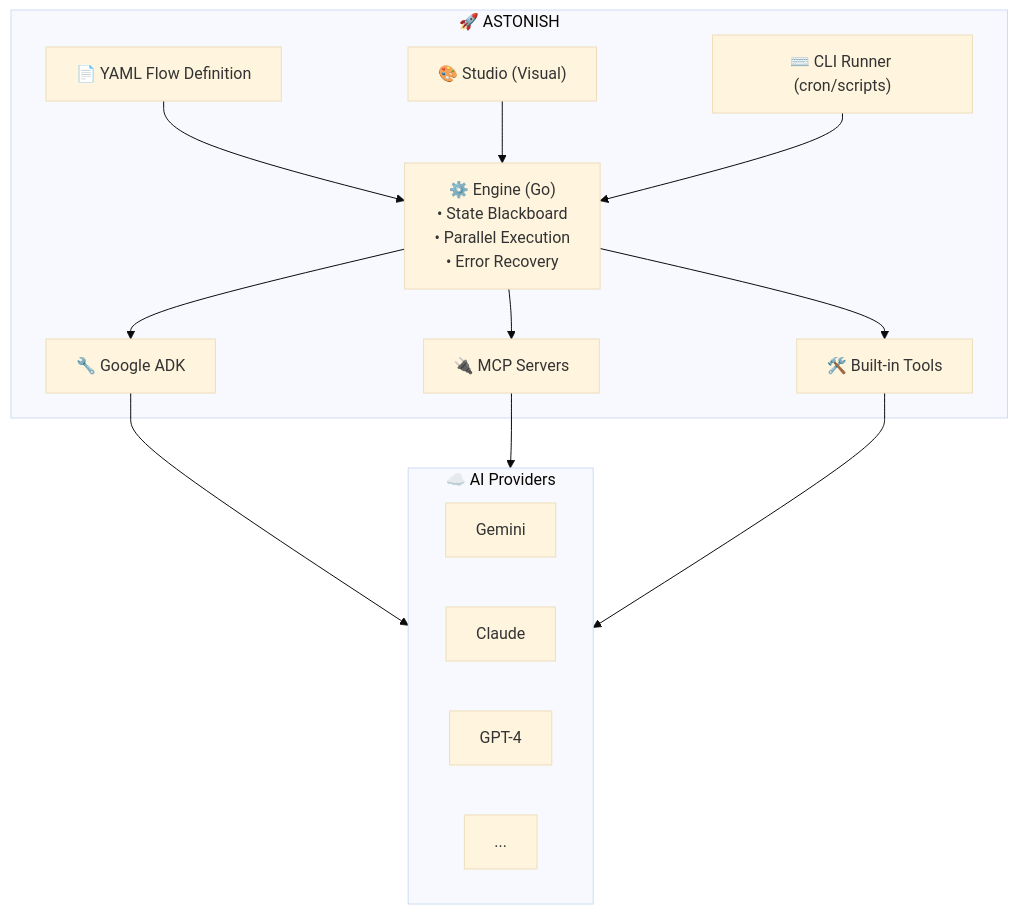
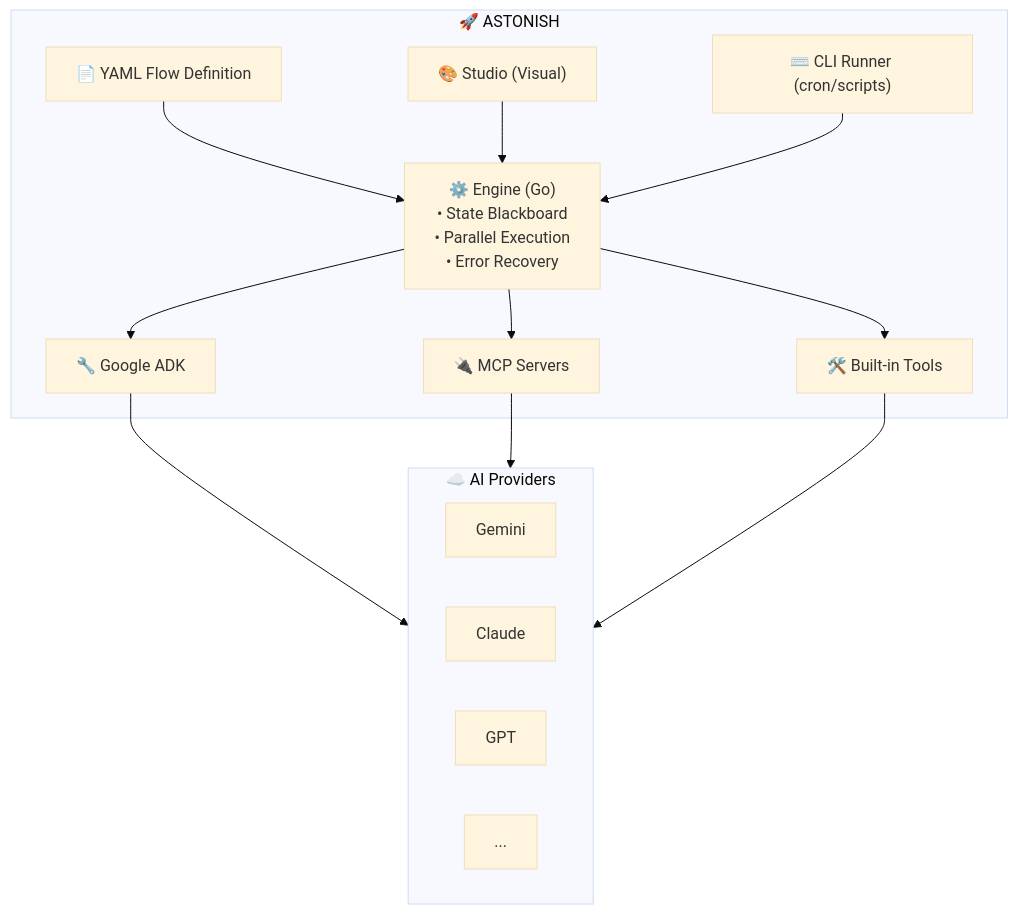
One commit to schardosin/astonish changed the diagram in README.md. Above: the diagram before and after it, drawn with Mermaid (base theme). The commit also changed other lines of this file and 5 other files, not shown here.

````diff
--- a/README.md
+++ b/README.md
@@ -221,36 +221,36 @@
 ```mermaid
 flowchart TB
     subgraph Astonish["🚀 ASTONISH"]
         YAML["📄 YAML Flow Definition"]
         Studio["🎨 Studio (Visual)"]
         CLI["⌨️ CLI Runner (cron/scripts)"]
         
         YAML --> Engine
         Studio --> Engine
         CLI --> Engine
         
         Engine["⚙️ Engine (Go)
         • State Blackboard
         • Parallel Execution
         • Error Recovery"]
         
         Engine --> ADK
         Engine --> MCP
         Engine --> Tools
         
         ADK["🔧 Google ADK"]
         MCP["🔌 MCP Servers"]
         Tools["🛠️ Built-in Tools"]
     end
     
     ADK --> Providers
     MCP --> Providers
     Tools --> Providers
     
     subgraph Providers["☁️ AI Providers"]
         Gemini["Gemini"]
         Claude["Claude"]
-        GPT["GPT-4"]
+        GPT["GPT"]
         More["..."]
     end
 ```
````
